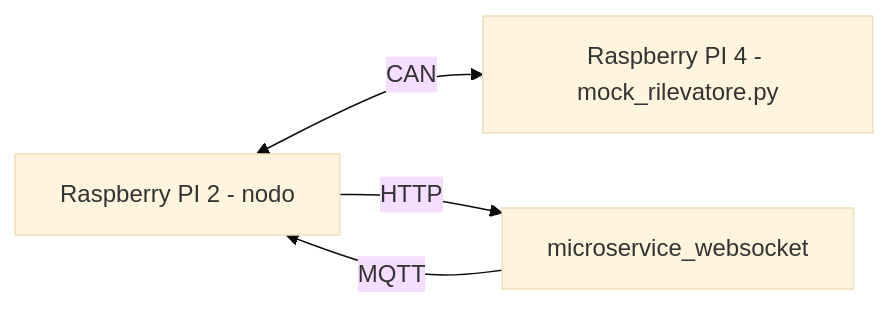
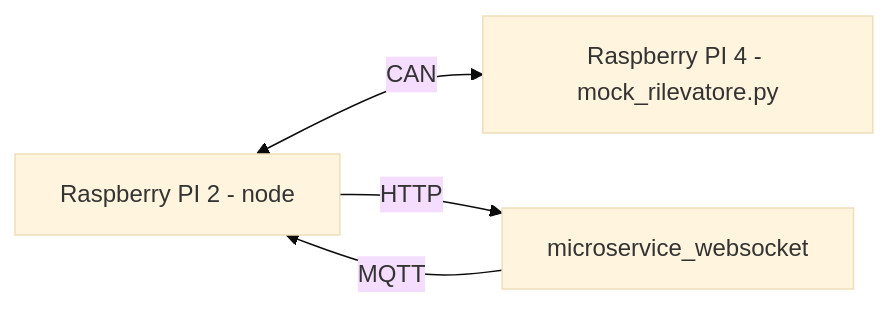
The fourth of 4 diagrams in README.md (monemasrl/irma), drawn with Mermaid (base theme) before and after one commit. The commit also changed other lines of this file and 11 other files, not shown here.

````diff
--- a/README.md
+++ b/README.md
@@ -263,10 +178,10 @@
 ```mermaid
 flowchart LR; 
 rpi4[Raspberry PI 4 - mock_rilevatore.py]
-rpi2[Raspberry PI 2 - nodo]
+rpi2[Raspberry PI 2 - node]
 msw[microservice_websocket]
 
 rpi2 <-- CAN --> rpi4
 rpi2 -- HTTP --> msw
 msw -- MQTT --> rpi2
 ```
````
